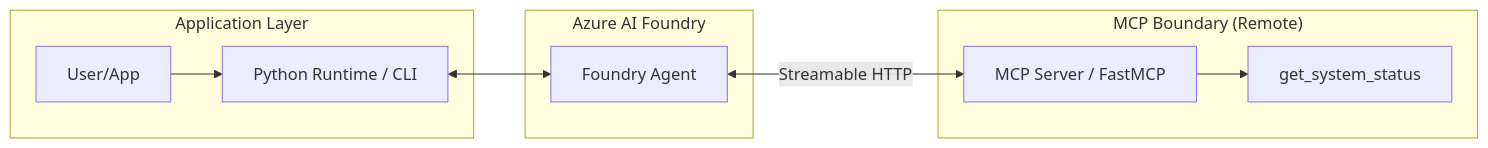
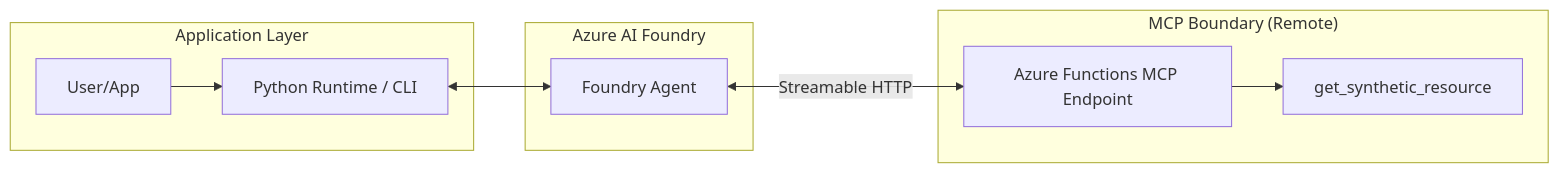
One commit to wildersa/azure_ref_kit changed the diagram in solutions/foundry-agent-with-mcp/README.md. Above: the diagram before and after it, drawn with Mermaid. The commit also changed other lines of this file and 4 other files, not shown here.

First line of the commit message:
Compose Foundry agent with Azure Functions MCP endpoint (#277)

````diff
--- a/solutions/foundry-agent-with-mcp/README.md
+++ b/solutions/foundry-agent-with-mcp/README.md
@@ -13,21 +13,21 @@
 ```mermaid
 flowchart LR
     subgraph "Application Layer"
         User[User/App]
         Runtime[Python Runtime / CLI]
     end
 
     subgraph "Azure AI Foundry"
         Agent[Foundry Agent]
     end
 
     subgraph "MCP Boundary (Remote)"
-        MCP_Server[MCP Server / FastMCP]
-        Tool[get_system_status]
+        MCP_Endpoint[Azure Functions MCP Endpoint]
+        Tool[get_synthetic_resource]
     end
 
     User --> Runtime
     Runtime <--> Agent
-    Agent <-->|Streamable HTTP| MCP_Server
-    MCP_Server --> Tool
+    Agent <-->|Streamable HTTP| MCP_Endpoint
+    MCP_Endpoint --> Tool
 ```
````
